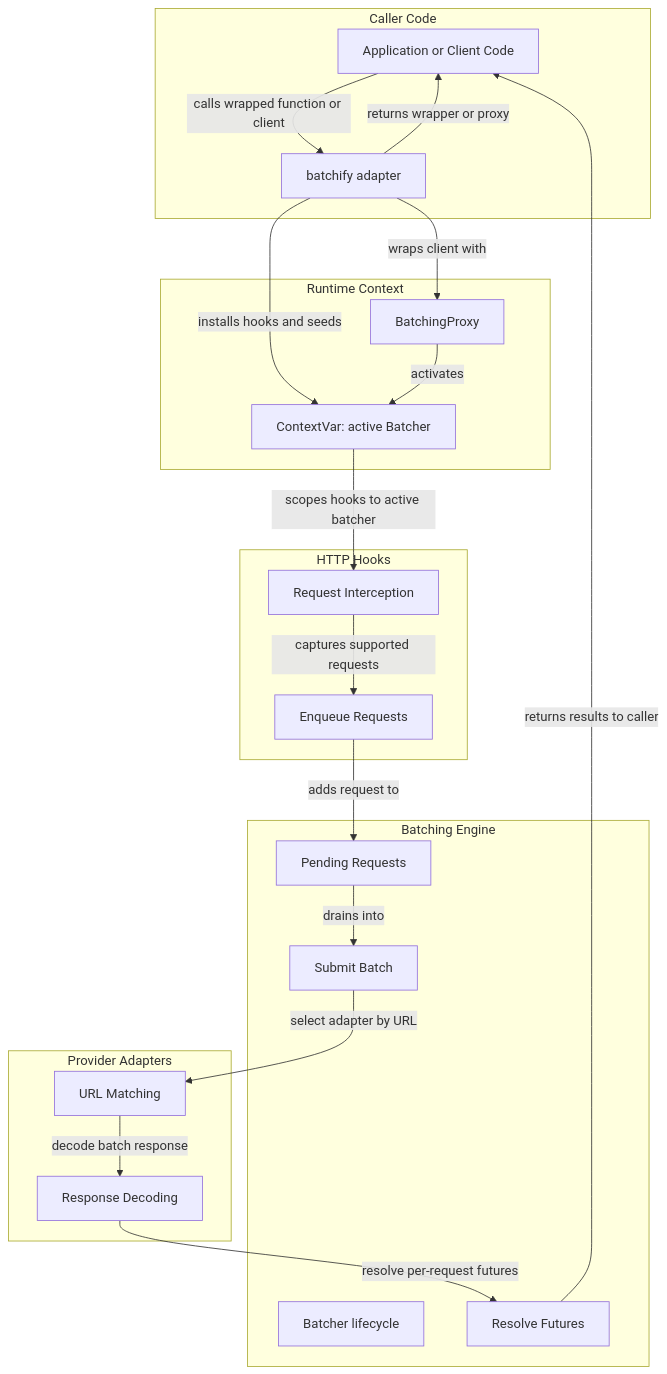
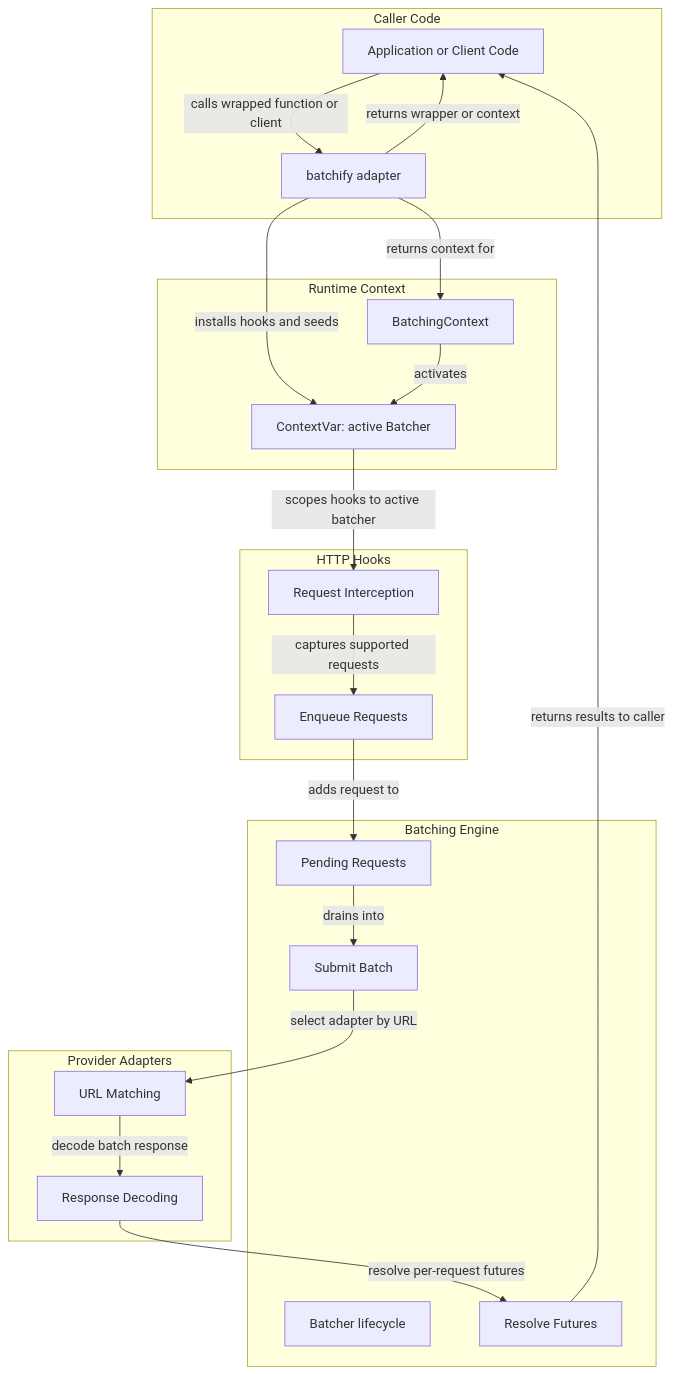
The diagram in docs/architecture/overview.md (vienneraphael/batchling), drawn with Mermaid before and after one commit. The commit also changed other lines of this file and 11 other files, not shown here.

Commit message:
feat: replace proxy with context, disallow bound methods

````diff
--- a/docs/architecture/overview.md
+++ b/docs/architecture/overview.md
@@ -3,46 +3,46 @@
 ```mermaid
 flowchart TB
     subgraph Caller[Caller Code]
         app[Application or Client Code]
         batchify[batchify adapter]
     end
 
     subgraph Runtime[Runtime Context]
-        proxy[BatchingProxy]
+        proxy[BatchingContext]
         ctx[ContextVar: active Batcher]
     end
 
     subgraph Hooks[HTTP Hooks]
         intercept[Request Interception]
         enqueue[Enqueue Requests]
     end
 
     subgraph Engine[Batching Engine]
         batcher[Batcher lifecycle]
         pending[Pending Requests]
         submit[Submit Batch]
         resolve[Resolve Futures]
     end
 
     subgraph Providers[Provider Adapters]
         match[URL Matching]
         decode[Response Decoding]
     end
 
     app -->|calls wrapped function or client| batchify
-    batchify -->|returns wrapper or proxy| app
+    batchify -->|returns wrapper or context| app
 
-    batchify -->|wraps client with| proxy
+    batchify -->|returns context for| proxy
     batchify -->|installs hooks and seeds| ctx
     proxy -->|activates| ctx
 
     ctx -->|scopes hooks to active batcher| intercept
     intercept -->|captures supported requests| enqueue
     enqueue -->|adds request to| pending
     pending -->|drains into| submit
 
     submit -->|select adapter by URL| match
     match -->|decode batch response| decode
     decode -->|resolve per-request futures| resolve
     resolve -->|returns results to caller| app
 ```
````
